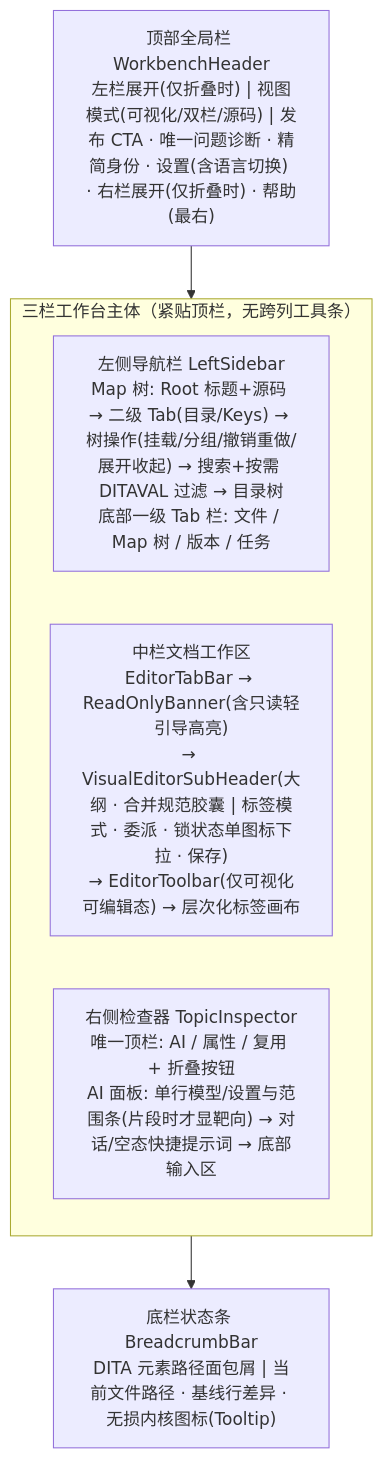
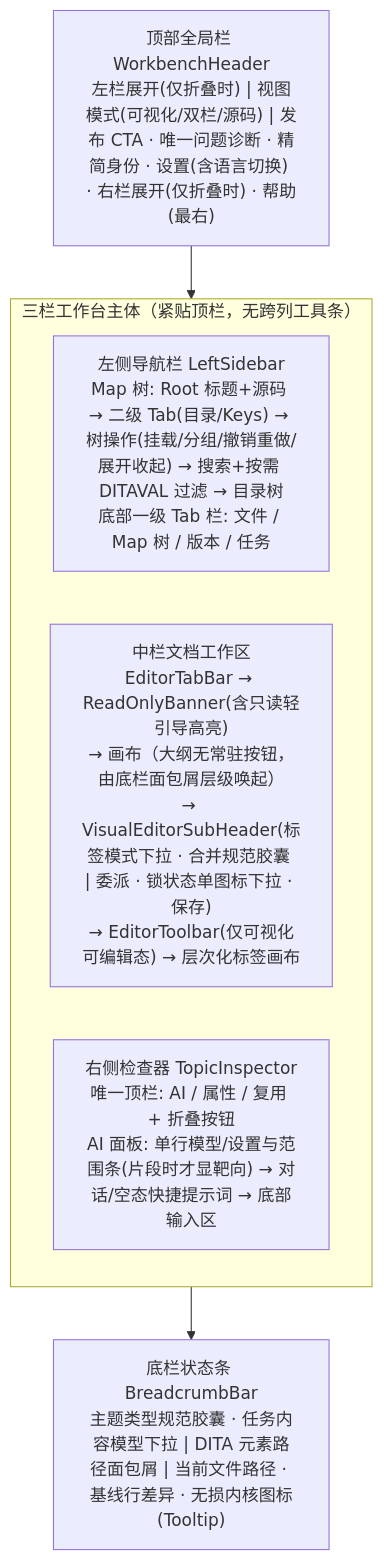
One commit to Ericfeng84/DITAEditor changed the diagram in docs/design/workbench-ux-architecture.md. Above: the diagram before and after it, drawn with Mermaid. The commit also changed other lines of this file and 26 other files, not shown here.

````diff
--- a/docs/design/workbench-ux-architecture.md
+++ b/docs/design/workbench-ux-architecture.md
@@ -35,12 +35,12 @@
 ```mermaid
 flowchart TB
   H["顶部全局栏 WorkbenchHeader<br/>左栏展开(仅折叠时) | 视图模式(可视化/双栏/源码) | 发布 CTA · 唯一问题诊断 · 精简身份 · 设置(含语言切换) · 右栏展开(仅折叠时) · 帮助(最右)"]
   subgraph Shell["三栏工作台主体（紧贴顶栏，无跨列工具条）"]
     direction LR
     L["左侧导航栏 LeftSidebar<br/>Map 树: Root 标题+源码 → 二级 Tab(目录/Keys) → 树操作(挂载/分组/撤销重做/展开收起) → 搜索+按需 DITAVAL 过滤 → 目录树<br/>底部一级 Tab 栏: 文件 / Map 树 / 版本 / 任务"]
-    C["中栏文档工作区<br/>EditorTabBar → ReadOnlyBanner(含只读轻引导高亮)<br/>→ VisualEditorSubHeader(大纲 · 合并规范胶囊 | 标签模式 · 委派 · 锁状态单图标下拉 · 保存)<br/>→ EditorToolbar(仅可视化可编辑态) → 层次化标签画布"]
+    C["中栏文档工作区<br/>EditorTabBar → ReadOnlyBanner(含只读轻引导高亮)<br/>→ 画布（大纲无常驻按钮，由底栏面包屑层级唤起）<br/>→ VisualEditorSubHeader(标签模式下拉 · 合并规范胶囊 | 委派 · 锁状态单图标下拉 · 保存)<br/>→ EditorToolbar(仅可视化可编辑态) → 层次化标签画布"]
     R["右侧检查器 TopicInspector<br/>唯一顶栏: AI / 属性 / 复用 + 折叠按钮<br/>AI 面板: 单行模型/设置与范围条(片段时才显靶向) → 对话/空态快捷提示词 → 底部输入区"]
   end
-  F["底栏状态条 BreadcrumbBar<br/>DITA 元素路径面包屑 | 当前文件路径 · 基线行差异 · 无损内核图标(Tooltip)"]
+  F["底栏状态条 BreadcrumbBar<br/>主题类型规范胶囊 · 任务内容模型下拉 | DITA 元素路径面包屑 | 当前文件路径 · 基线行差异 · 无损内核图标(Tooltip)"]
   H --> Shell --> F
 ```
````
